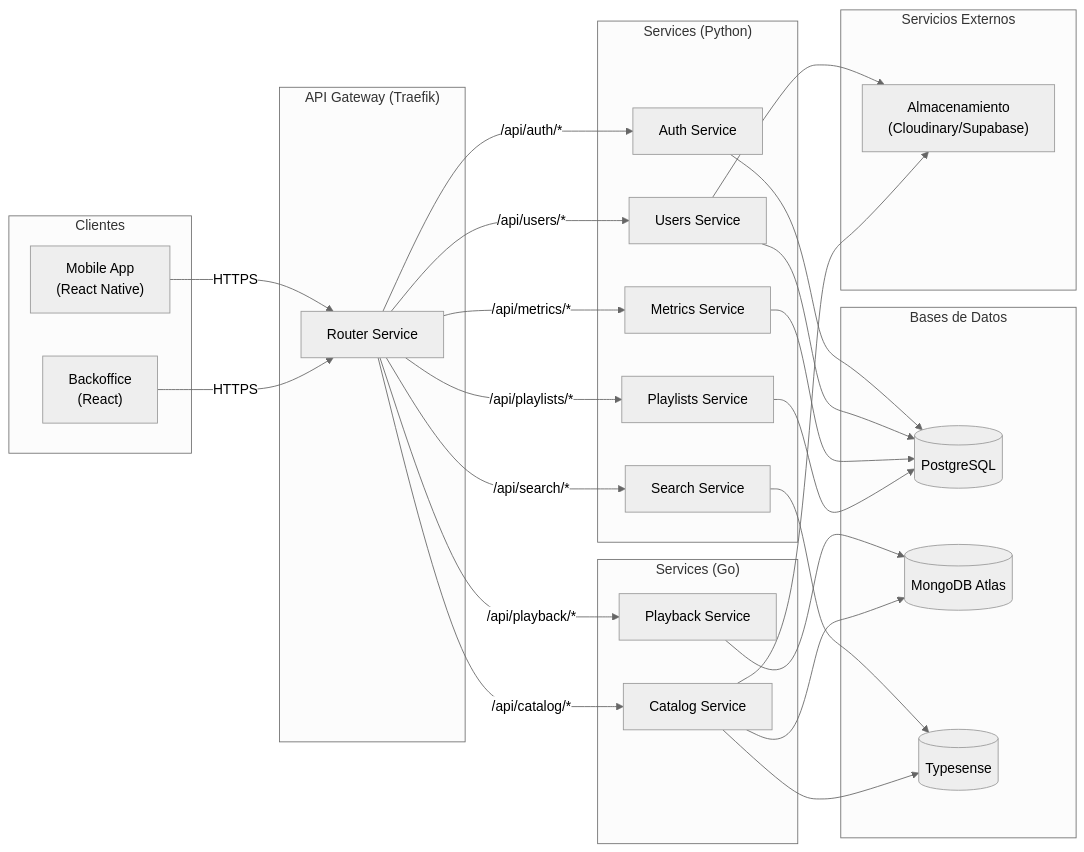
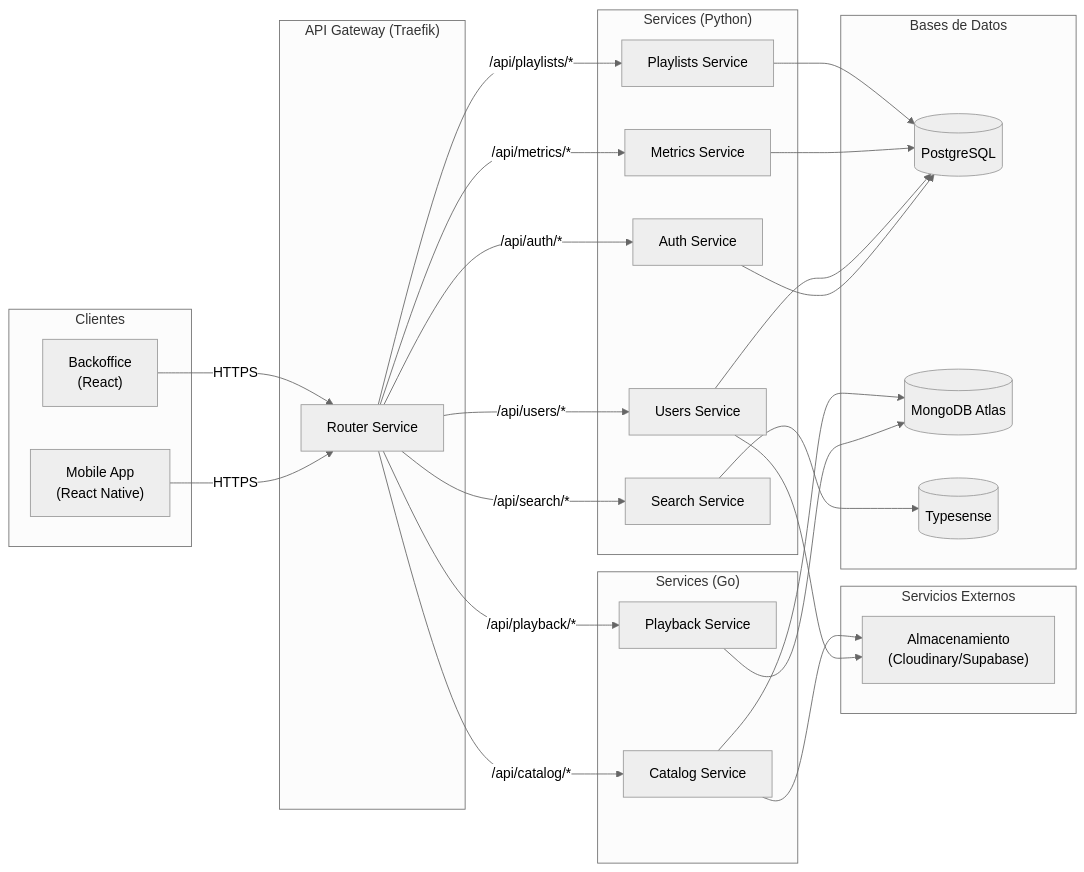
Before and after one commit to Melodia-ID2/melodia-docs: the diagram in bitacoras/bitacora2.md, drawn with Mermaid (neutral theme).

````diff
--- a/bitacoras/bitacora2.md
+++ b/bitacoras/bitacora2.md
@@ -134,68 +134,67 @@
 ```mermaid
 flowchart LR
     %% Clients
     subgraph Clients["Clientes"]
         Mobile["Mobile App<br/>(React Native)"]
         WebUI["Backoffice<br/>(React)"]
     end
 
     %% API Gateway
     subgraph Gateway["API Gateway (Traefik)"]
         Traefik["Router Service"]
     end
 
     %% Services grouped
     subgraph PythonServices["Services (Python)"]
         Auth["Auth Service"]
         Users["Users Service"]
         Metrics["Metrics Service"]
         Search["Search Service"]
         Playlists["Playlists Service"]
     end
 
     subgraph GoServices["Services (Go)"]
         Catalog["Catalog Service"]
         Playback["Playback Service"]
     end
 
     %% Databases
     subgraph Databases["Bases de Datos"]
         Postgres[(PostgreSQL)] 
         Mongo[(MongoDB Atlas)]
         Typesense[(Typesense)]
     end
 
     %% External Services
     subgraph External["Servicios Externos"]
         Storage["Almacenamiento<br/>(Cloudinary/Supabase)"]
     end
 
     %% Edges - Client to Gateway
     Mobile -->|HTTPS| Traefik
     WebUI -->|HTTPS| Traefik
 
     %% Edges - Gateway to Services
     Traefik -->|/api/auth/*| Auth
     Traefik -->|/api/users/*| Users
     Traefik -->|/api/metrics/*| Metrics
     Traefik -->|/api/catalog/*| Catalog
     Traefik -->|/api/playback/*| Playback
     Traefik -->|/api/search/*| Search
     Traefik -->|/api/playlists/*| Playlists
 
     %% Service to Database connections
     Auth --> Postgres
     Users --> Postgres
     Metrics --> Postgres
     Playlists --> Postgres
     
     Playback --> Mongo
     Catalog --> Mongo
     
     Search --> Typesense
-    Catalog --> Typesense
 
     %% External service connections
     Users --> Storage
     Catalog --> Storage
 ```
````
